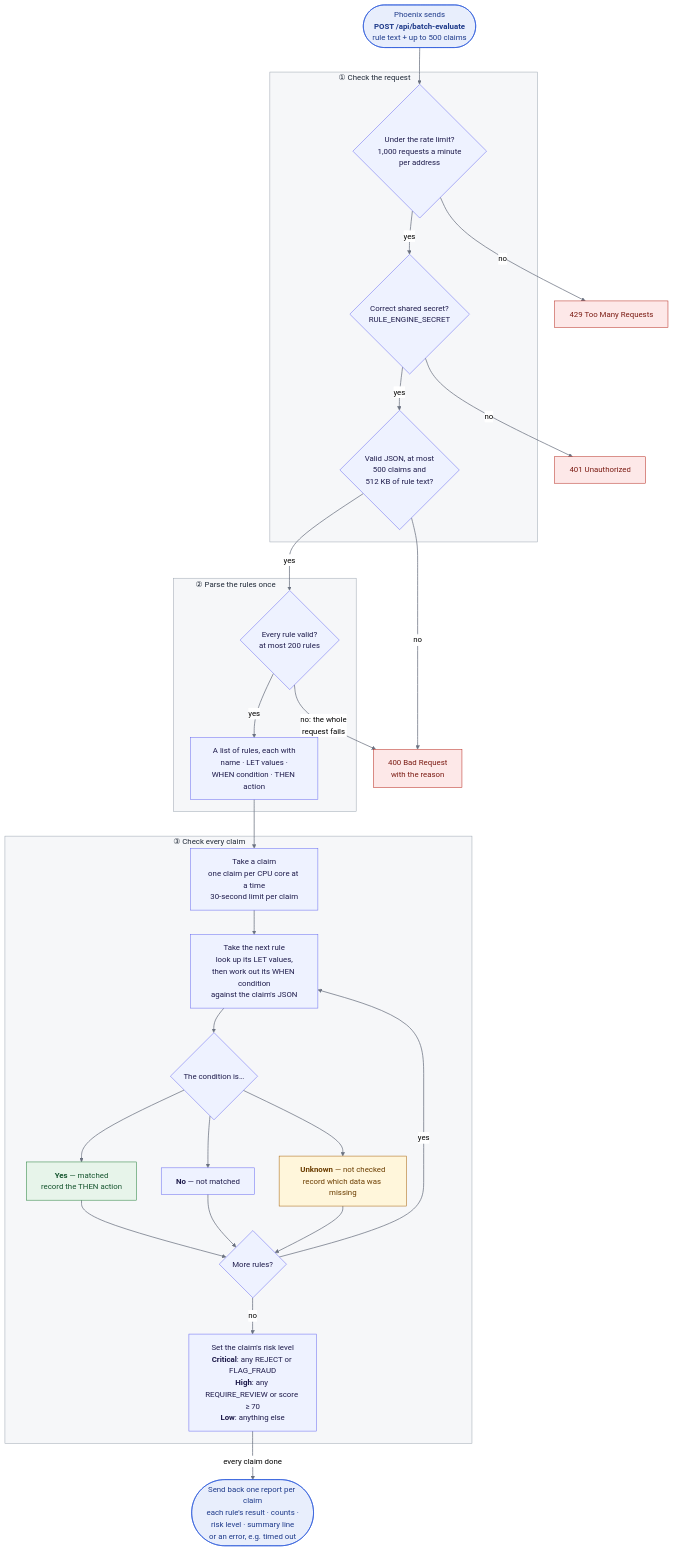
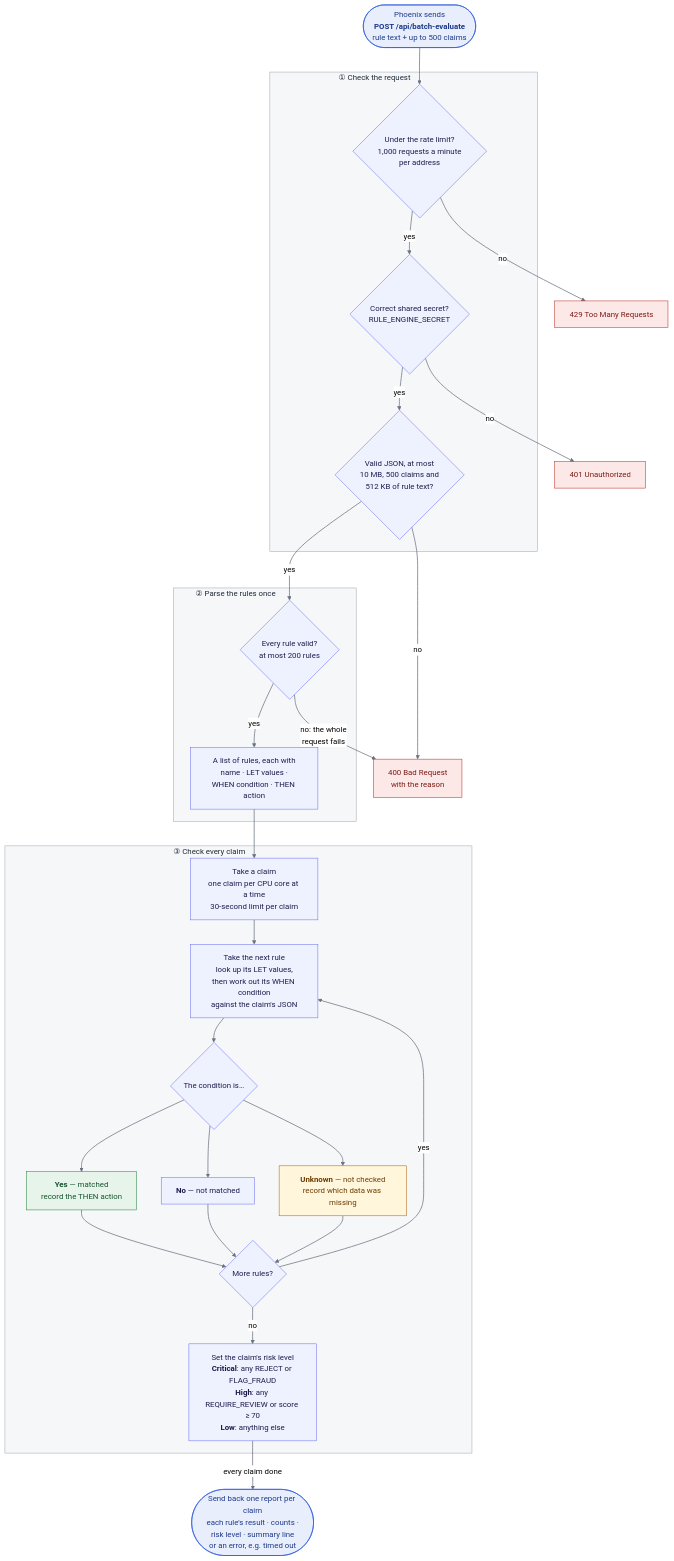
Before and after one commit to donfox/medicaid_claims_checker: the diagram in haskell_engine/README.md, drawn with Mermaid (neutral theme). The commit also changed other lines of this file and 3 other files, not shown here.

````diff
--- a/haskell_engine/README.md
+++ b/haskell_engine/README.md
@@ -145,66 +175,66 @@
 ```mermaid
 flowchart TD
     IN(["Phoenix sends<br/><b>POST /api/batch-evaluate</b><br/>rule text + up to 500 claims"])
 
     subgraph S1["①&nbsp;Check&nbsp;the&nbsp;request&nbsp;&nbsp;&nbsp;&nbsp;&nbsp;&nbsp;&nbsp;&nbsp;&nbsp;&nbsp;&nbsp;&nbsp;&nbsp;&nbsp;&nbsp;&nbsp;&nbsp;&nbsp;&nbsp;&nbsp;&nbsp;&nbsp;&nbsp;&nbsp;&nbsp;&nbsp;&nbsp;&nbsp;&nbsp;&nbsp;"]
         RL{"Under the rate limit?<br/>1,000 requests a minute<br/>per address"}
         AU{"Correct shared secret?<br/>RULE_ENGINE_SECRET"}
-        SZ{"Valid JSON, at most<br/>500 claims and<br/>512 KB of rule text?"}
+        SZ{"Valid JSON, at most<br/>10 MB, 500 claims and<br/>512 KB of rule text?"}
     end
 
     subgraph S2["②&nbsp;Parse&nbsp;the&nbsp;rules&nbsp;once&nbsp;&nbsp;&nbsp;&nbsp;&nbsp;&nbsp;&nbsp;&nbsp;&nbsp;&nbsp;&nbsp;&nbsp;&nbsp;&nbsp;&nbsp;&nbsp;&nbsp;&nbsp;&nbsp;&nbsp;&nbsp;&nbsp;&nbsp;&nbsp;&nbsp;&nbsp;&nbsp;&nbsp;&nbsp;&nbsp;"]
         PR{"Every rule valid?<br/>at most 200 rules"}
         AST["A list of rules, each with<br/>name · LET values ·<br/>WHEN condition · THEN action"]
     end
 
     subgraph S3["③&nbsp;Check&nbsp;every&nbsp;claim&nbsp;&nbsp;&nbsp;&nbsp;&nbsp;&nbsp;&nbsp;&nbsp;&nbsp;&nbsp;&nbsp;&nbsp;&nbsp;&nbsp;&nbsp;&nbsp;&nbsp;&nbsp;&nbsp;&nbsp;&nbsp;&nbsp;&nbsp;&nbsp;&nbsp;&nbsp;&nbsp;&nbsp;&nbsp;&nbsp;"]
         CL["Take a claim<br/>one claim per CPU core at a time<br/>30-second limit per claim"]
         RU["Take the next rule<br/>look up its LET values,<br/>then work out its WHEN condition<br/>against the claim's JSON"]
         TV{"The condition is…"}
         YES["<b>Yes</b> — matched<br/>record the THEN action"]
         NO["<b>No</b> — not matched"]
         UNK["<b>Unknown</b> — not checked<br/>record which data was missing"]
         MORE{"More rules?"}
         RK["Set the claim's risk level<br/><b>Critical</b>: any REJECT or FLAG_FRAUD<br/><b>High</b>: any REQUIRE_REVIEW or score ≥ 70<br/><b>Low</b>: anything else"]
     end
 
     OUT(["Send back one report per claim<br/>each rule's result · counts ·<br/>risk level · summary line<br/>or an error, e.g. timed out"])
 
     E429["429 Too Many Requests"]
     E401["401 Unauthorized"]
     E400["400 Bad Request<br/>with the reason"]
 
     IN --> RL
     RL -- yes --> AU
     RL -- no --> E429
     AU -- yes --> SZ
     AU -- no --> E401
     SZ -- yes --> PR
     SZ -- no --> E400
     PR -- yes --> AST
     PR -- "no: the whole<br/>request fails" --> E400
     AST --> CL --> RU --> TV
     TV --> YES
     TV --> NO
     TV --> UNK
     YES --> MORE
     NO --> MORE
     UNK --> MORE
     MORE -- yes --> RU
     MORE -- no --> RK
     RK -- "every claim done" --> OUT
 
     classDef err fill:#fde8e8,stroke:#b42318,color:#7a1a12
     classDef good fill:#e7f4ea,stroke:#1e7b34,color:#14532d
     classDef unk fill:#fff6db,stroke:#a15c00,color:#6b3d00
     classDef io fill:#e8eefc,stroke:#1d4ed8,color:#1e3a8a
     class E429,E401,E400 err
     class YES good
     class UNK unk
     class IN,OUT io
     style S1 fill:#f6f7f9,stroke:#9aa3af,color:#1f2937
     style S2 fill:#f6f7f9,stroke:#9aa3af,color:#1f2937
     style S3 fill:#f6f7f9,stroke:#9aa3af,color:#1f2937
     classDef default fill:#eef2ff,stroke:#6366f1,color:#1e1b4b
     linkStyle default stroke:#6b7280,stroke-width:1.5px
 ```
````
